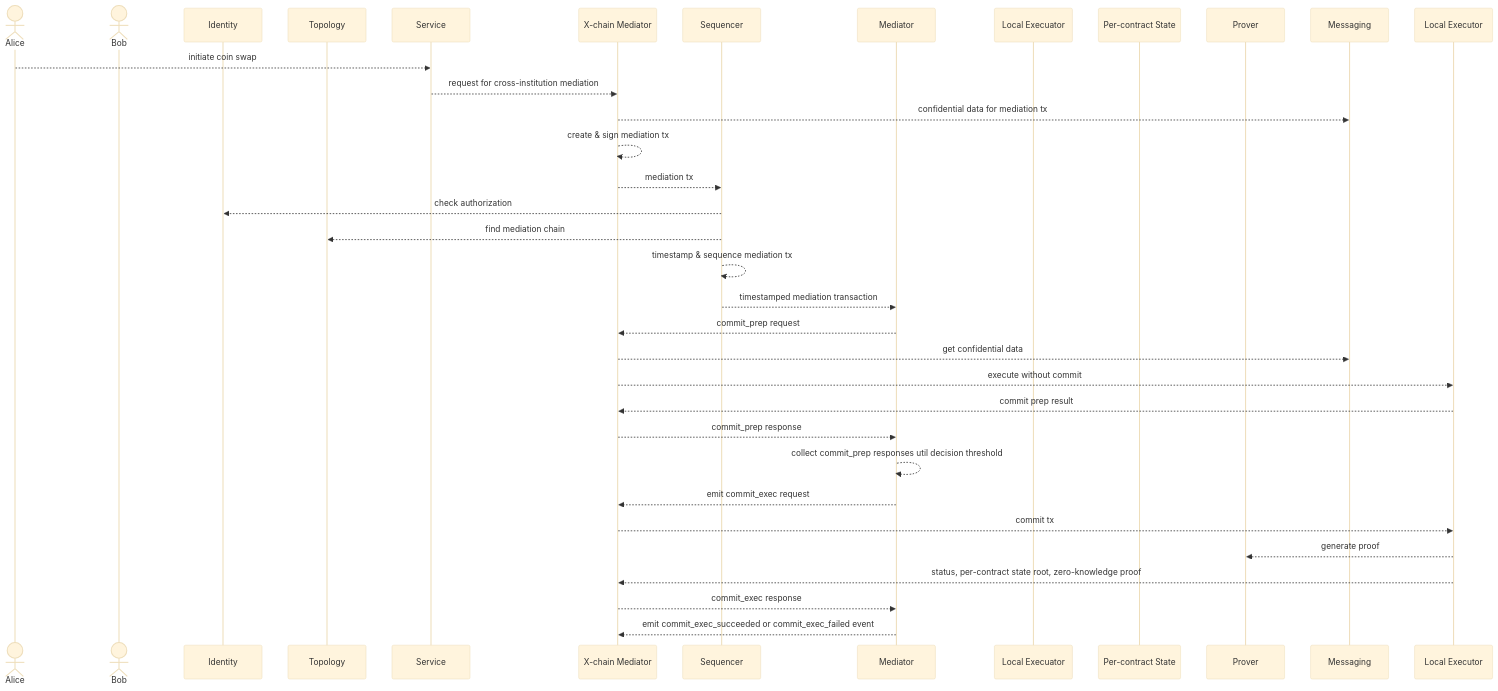
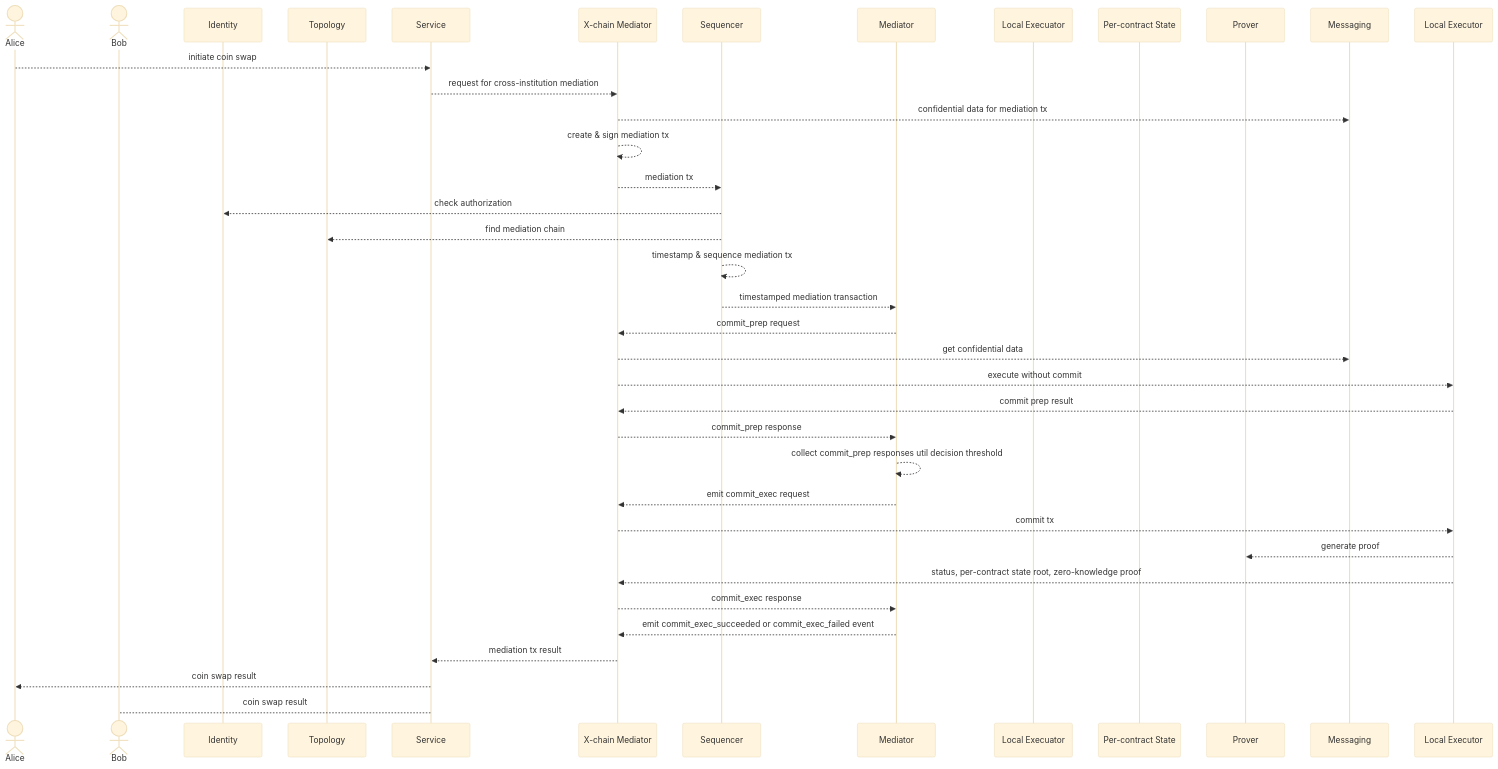
One commit to PDXbaap/design changed the diagram in finance_architecture.md. Above: the diagram before and after it, drawn with Mermaid (base theme).

Commit message:
Update finance architecture with mediation results
Added mediation transaction results for Alice and Bob in the architecture.

````diff
--- a/finance_architecture.md
+++ b/finance_architecture.md
@@ -29,37 +29,40 @@
 ```mermaid
 sequenceDiagram
 actor Alice
 actor Bob
 participant Identity
 participant Topology
 participant Service
 participant X-chain Mediator
 participant Sequencer
 participant Mediator
 participant Local Execuator
 participant Per-contract State
 participant Prover
 participant Messaging
 
 Alice -->> Service: initiate coin swap
 Service -->> X-chain Mediator: request for cross-institution mediation
 X-chain Mediator -->> Messaging: confidential data for mediation tx
 X-chain Mediator -->> X-chain Mediator: create & sign mediation tx
 X-chain Mediator -->> Sequencer: mediation tx
 Sequencer -->> Identity: check authorization
 Sequencer -->> Topology: find mediation chain
 Sequencer -->> Sequencer: timestamp & sequence mediation tx
 Sequencer -->> Mediator: timestamped mediation transaction
 Mediator -->> X-chain Mediator: commit_prep request
 X-chain Mediator -->> Messaging: get confidential data
 X-chain Mediator -->> Local Executor: execute without commit
 Local Executor -->> X-chain Mediator: commit prep result
 X-chain Mediator -->> Mediator: commit_prep response
 Mediator -->> Mediator: collect commit_prep responses util decision threshold
 Mediator -->> X-chain Mediator: emit commit_exec request
 X-chain Mediator -->> Local Executor: commit tx
 Local Executor -->> Prover: generate proof
 Local Executor -->> X-chain Mediator: status, per-contract state root, zero-knowledge proof
 X-chain Mediator -->> Mediator: commit_exec response
 Mediator -->> X-chain Mediator: emit commit_exec_succeeded or commit_exec_failed event
+X-chain Mediator -->> Service: mediation tx result
+Service -->> Alice: coin swap result
+Service --> Bob: coin swap result
 ```
````
